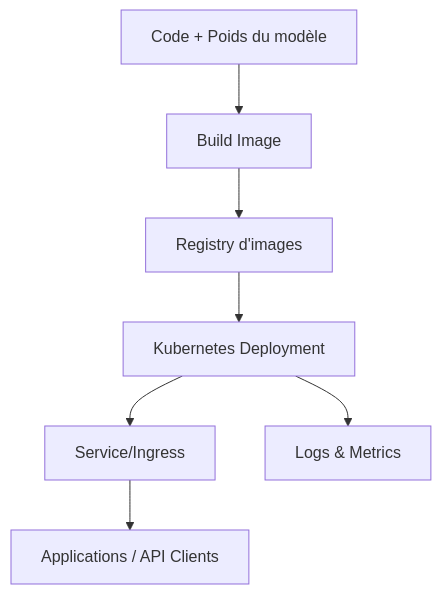
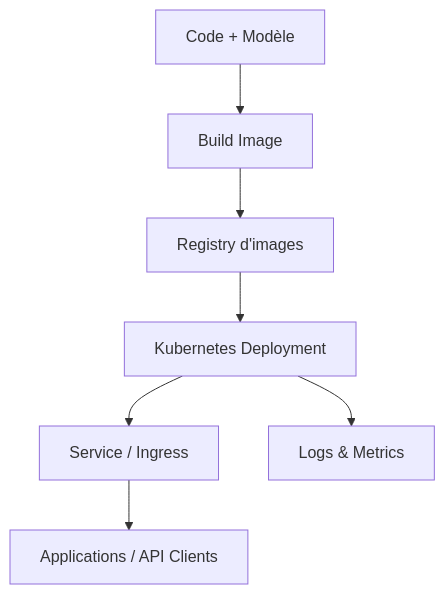
The fourth of 4 diagrams in 01-mise-en-place-ecosysteme-IA/Module 0 — Introduction à l’écosystème/0.2 - Pourquoi Linux est devenu l'écosystème de référence pour l'IA mondiale.md (haythem-rehouma/G1299), drawn with Mermaid before and after one commit. The commit also changed other lines of this file, not shown here.

````diff
--- a/01-mise-en-place-ecosysteme-IA/Module 0 — Introduction à l’écosystème/0.2 - Pourquoi Linux est devenu l'écosystème de référence pour l'IA mondiale.md
+++ b/01-mise-en-place-ecosysteme-IA/Module 0 — Introduction à l’écosystème/0.2 - Pourquoi Linux est devenu l'écosystème de référence pour l'IA mondiale.md
@@ -150,9 +150,9 @@
 ```mermaid
 flowchart TB
-  Code[Code + Poids du modèle] --> Build[Build Image]
+  Code[Code + Modèle] --> Build[Build Image]
   Build --> Registry[Registry d'images]
   Registry --> Deploy[Kubernetes Deployment]
-  Deploy --> Ingress[Service/Ingress]
+  Deploy --> Ingress[Service / Ingress]
   Ingress --> Clients[Applications / API Clients]
   Deploy --> Obs[Logs & Metrics]
 ```
````
